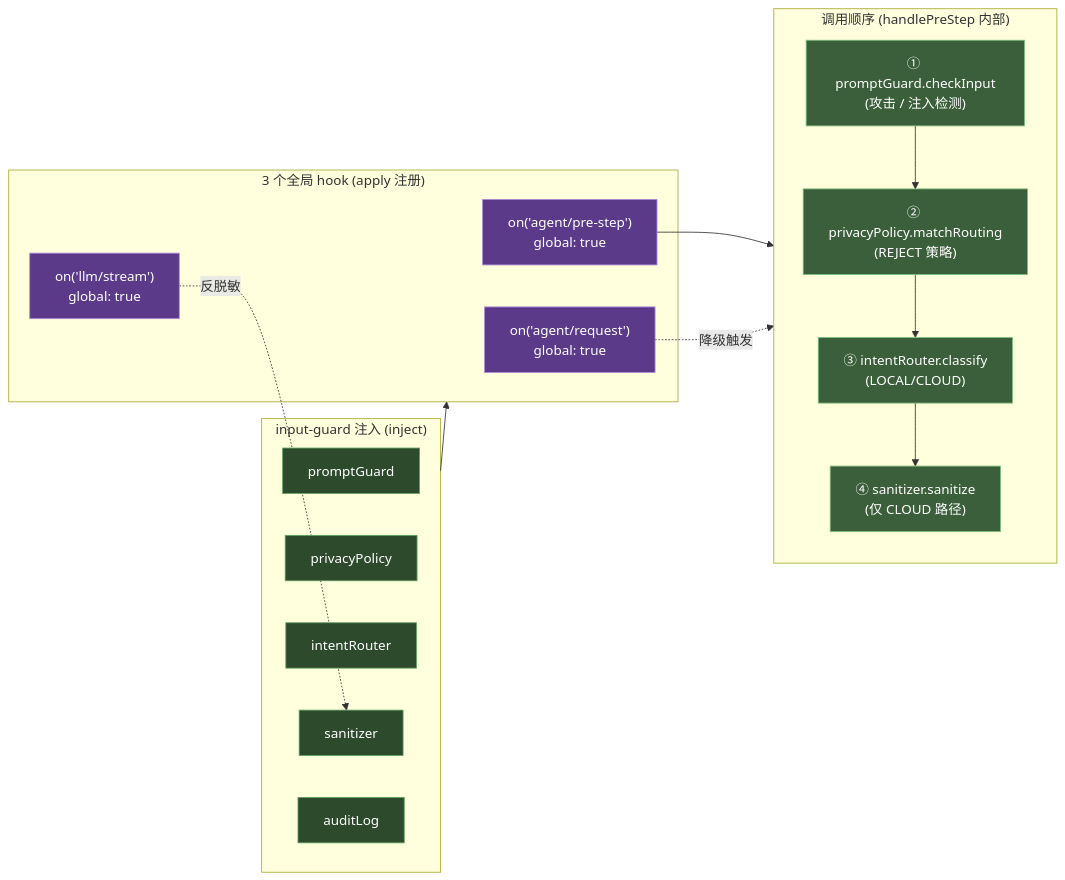
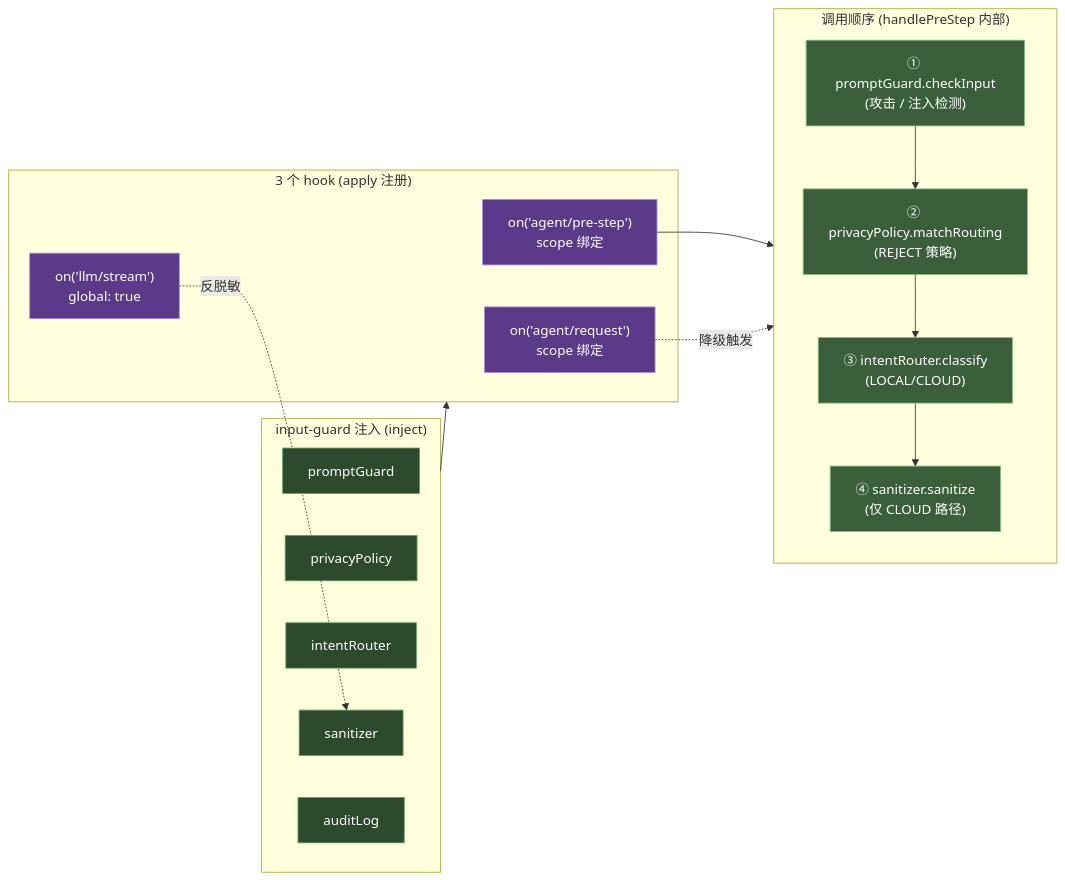
The third of 3 diagrams in docs/intent-and-sanitization.md (chschytzmcy/dsh-edge-agent), drawn with Mermaid before and after one commit. The commit also changed other lines of this file and 19 other files, not shown here.

````diff
--- a/docs/intent-and-sanitization.md
+++ b/docs/intent-and-sanitization.md
@@ -3019,39 +3045,39 @@
 ```mermaid
 flowchart LR
     subgraph IN["input-guard 注入 (inject)"]
         I1["promptGuard"]
         I2["privacyPolicy"]
         I3["intentRouter"]
         I4["sanitizer"]
         I5["auditLog"]
     end
 
-    subgraph HOOKS["3 个全局 hook (apply 注册)"]
-        H1["on('agent/pre-step')<br/>global: true"]
-        H2["on('agent/request')<br/>global: true"]
+    subgraph HOOKS["3 个 hook (apply 注册)"]
+        H1["on('agent/pre-step')<br/>scope 绑定"]
+        H2["on('agent/request')<br/>scope 绑定"]
         H3["on('llm/stream')<br/>global: true"]
     end
 
     subgraph PIPELINE["调用顺序 (handlePreStep 内部)"]
         direction TB
         P1["① promptGuard.checkInput<br/>(攻击 / 注入检测)"]
         P2["② privacyPolicy.matchRouting<br/>(REJECT 策略)"]
         P3["③ intentRouter.classify<br/>(LOCAL/CLOUD)"]
         P4["④ sanitizer.sanitize<br/>(仅 CLOUD 路径)"]
     end
 
     IN --> HOOKS
     H1 --> P1
     P1 --> P2
     P2 --> P3
     P3 --> P4
     H2 -.降级触发.-> P4
     H3 -.反脱敏.-> I4
 
     classDef inj fill:#2d4a2d,stroke:#5fa05f,color:#fff
     classDef hook fill:#5b3a8a,stroke:#b08bd9,color:#fff
     classDef pipe fill:#3a5f3a,stroke:#7fbf7f,color:#fff
     class I1,I2,I3,I4,I5 inj
     class H1,H2,H3 hook
     class P1,P2,P3,P4 pipe
 ```
````
